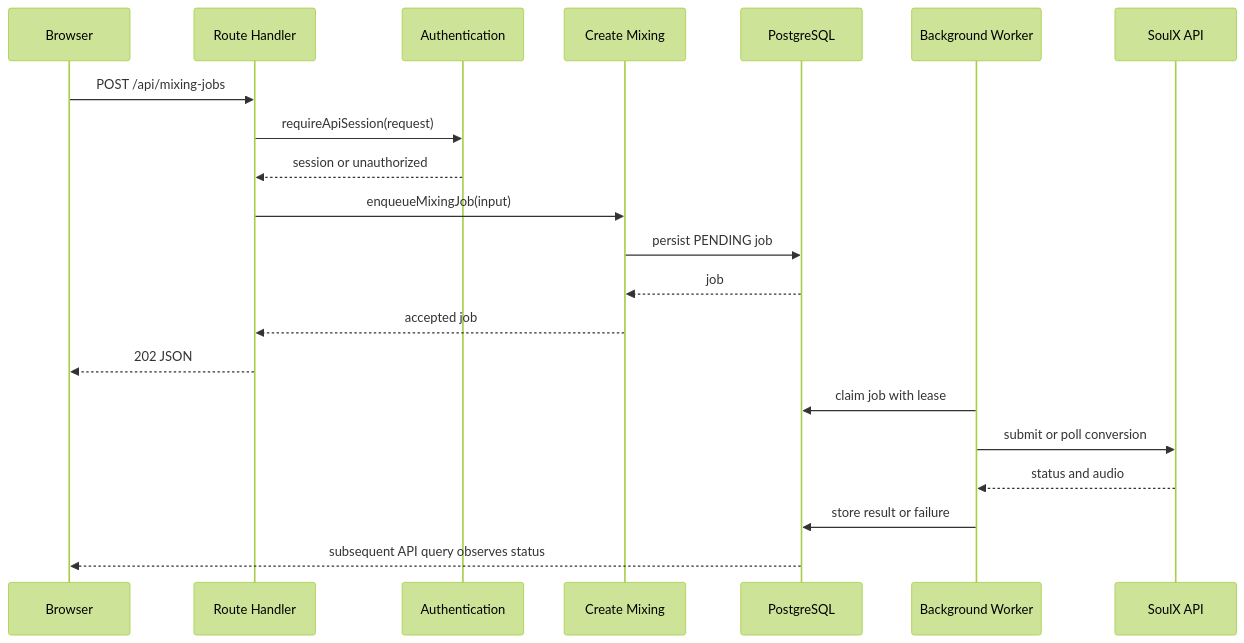
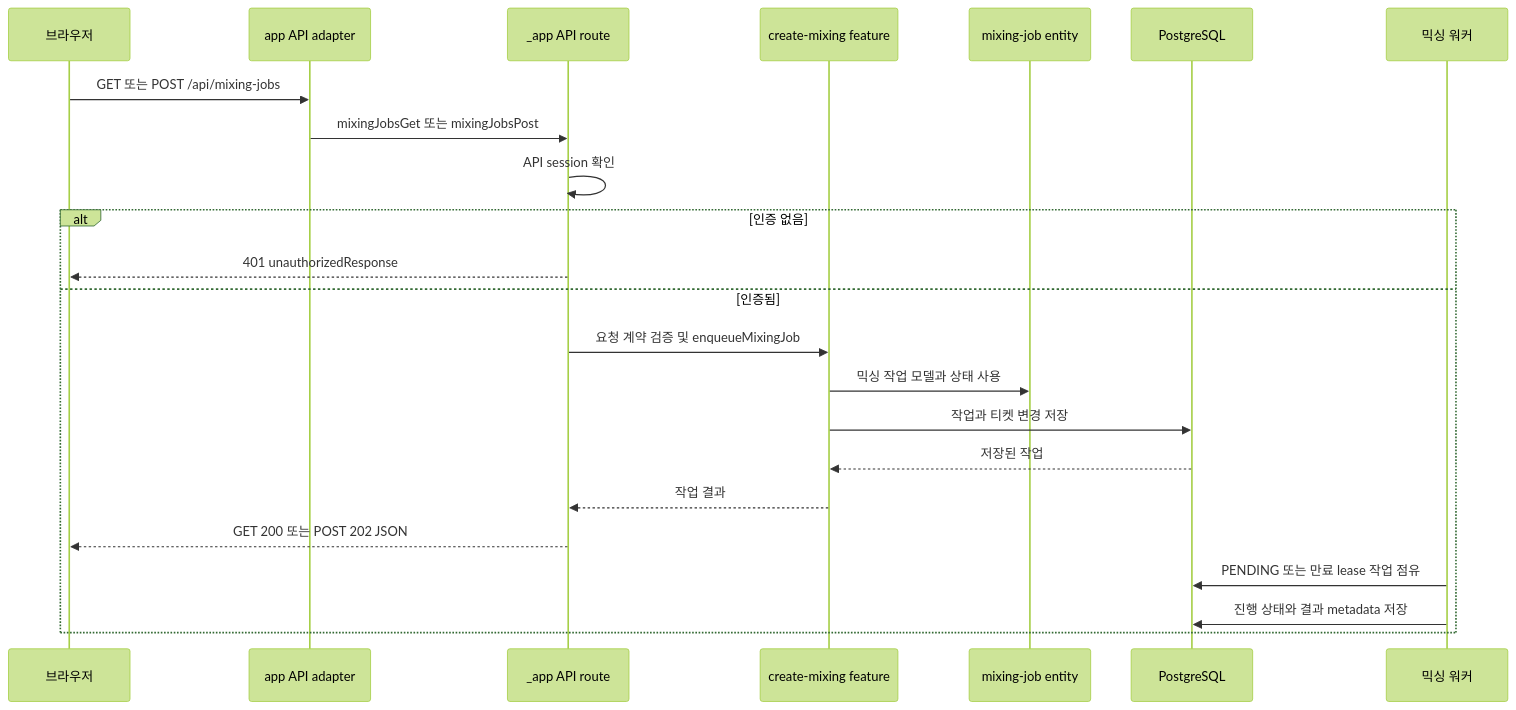
The diagram in openwiki/architecture/system-boundaries.md (leey00nsu/copy-singer), drawn with Mermaid (forest theme) before and after one commit. The commit also changed other lines of this file and 42 other files, not shown here.

````diff
--- a/openwiki/architecture/system-boundaries.md
+++ b/openwiki/architecture/system-boundaries.md
@@ -67,23 +57,26 @@
 ```mermaid
 sequenceDiagram
-    participant B as Browser
-    participant R as Route Handler
-    participant A as Authentication
-    participant F as Create Mixing
-    participant D as PostgreSQL
-    participant W as Background Worker
-    participant X as SoulX API
-    B->>R: POST /api/mixing-jobs
-    R->>A: requireApiSession(request)
-    A-->>R: session or unauthorized
-    R->>F: enqueueMixingJob(input)
-    F->>D: persist PENDING job
-    D-->>F: job
-    F-->>R: accepted job
-    R-->>B: 202 JSON
-    W->>D: claim job with lease
-    W->>X: submit or poll conversion
-    X-->>W: status and audio
-    W->>D: store result or failure
-    D-->>B: subsequent API query observes status
+    participant Browser as 브라우저
+    participant Adapter as app API adapter
+    participant Route as _app API route
+    participant Feature as create-mixing feature
+    participant Entity as mixing-job entity
+    participant Database as PostgreSQL
+    participant Worker as 믹싱 워커
+
+    Browser->>Adapter: GET 또는 POST /api/mixing-jobs
+    Adapter->>Route: mixingJobsGet 또는 mixingJobsPost
+    Route->>Route: API session 확인
+    alt 인증 없음
+        Route-->>Browser: 401 unauthorizedResponse
+    else 인증됨
+        Route->>Feature: 요청 계약 검증 및 enqueueMixingJob
+        Feature->>Entity: 믹싱 작업 모델과 상태 사용
+        Feature->>Database: 작업과 티켓 변경 저장
+        Database-->>Feature: 저장된 작업
+        Feature-->>Route: 작업 결과
+        Route-->>Browser: GET 200 또는 POST 202 JSON
+        Worker->>Database: PENDING 또는 만료 lease 작업 점유
+        Worker->>Database: 진행 상태와 결과 metadata 저장
+    end
 ```
````
